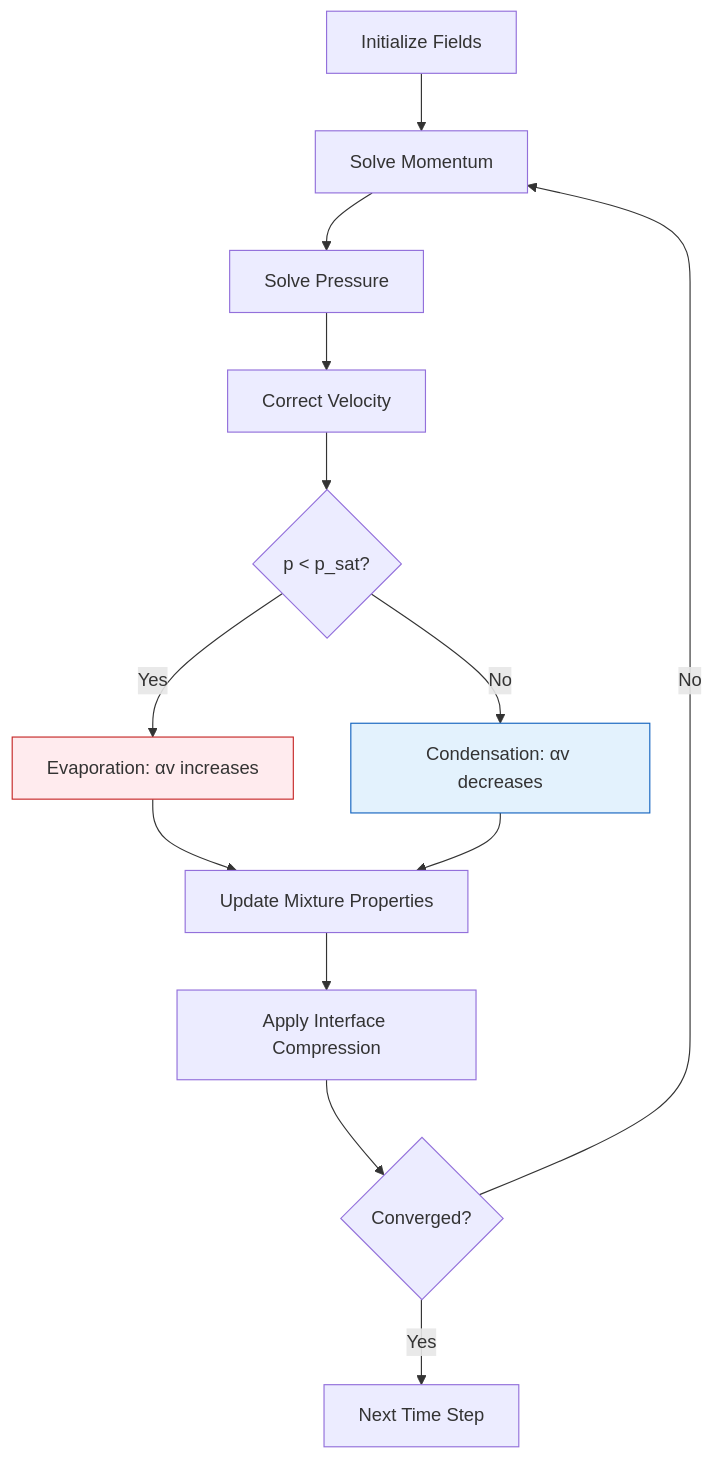
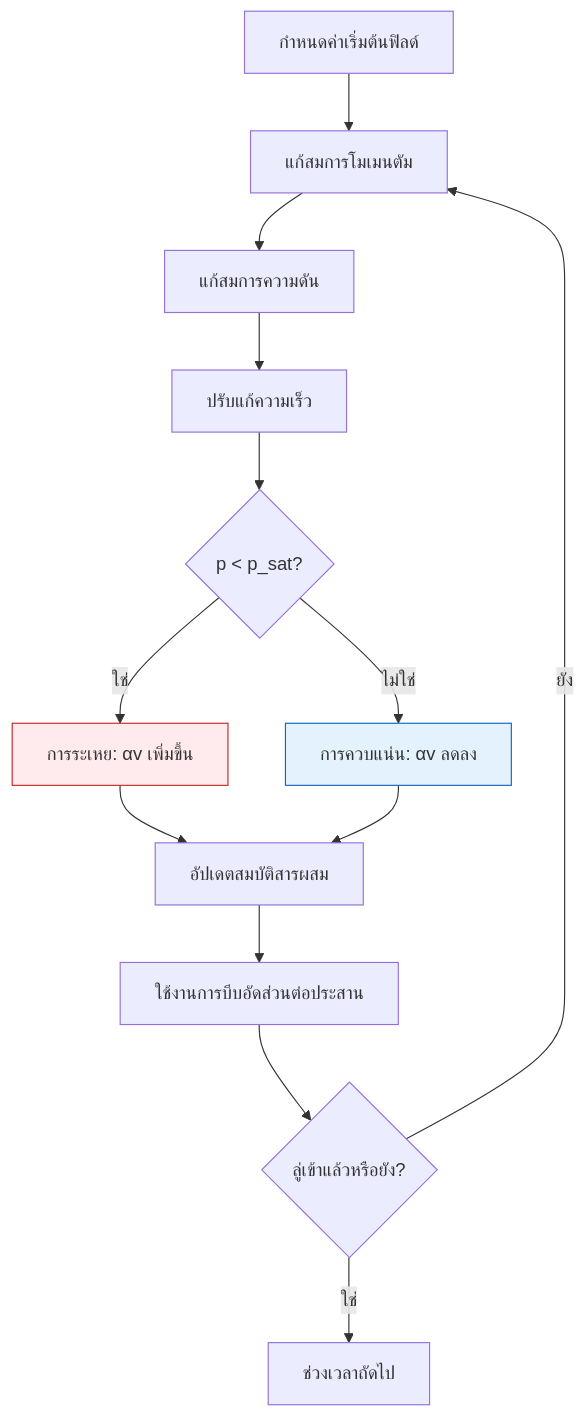
Before and after one commit to wramet/build-my-cfd: the second of 3 diagrams in MODULE_06_ADVANCED_PHYSICS/CONTENT/01_ADVANCED_MULTIPHASE_FLOWS/02_Cavitation_Modeling.md, drawn with Mermaid. The commit also changed other lines of this file and 104 other files, not shown here.

````diff
--- a/MODULE_06_ADVANCED_PHYSICS/CONTENT/01_ADVANCED_MULTIPHASE_FLOWS/02_Cavitation_Modeling.md
+++ b/MODULE_06_ADVANCED_PHYSICS/CONTENT/01_ADVANCED_MULTIPHASE_FLOWS/02_Cavitation_Modeling.md
@@ -426,18 +426,18 @@
 ```mermaid
 flowchart TD
-    A[Initialize Fields] --> B[Solve Momentum]
-    B --> C[Solve Pressure]
-    C --> D[Correct Velocity]
+    A[กำหนดค่าเริ่มต้นฟิลด์] --> B[แก้สมการโมเมนตัม]
+    B --> C[แก้สมการความดัน]
+    C --> D[ปรับแก้ความเร็ว]
     D --> E{p < p_sat?}
-    E -- Yes --> F[Evaporation: αv increases]
-    E -- No --> G[Condensation: αv decreases]
-    F --> H[Update Mixture Properties]
+    E -- ใช่ --> F[การระเหย: αv เพิ่มขึ้น]
+    E -- ไม่ใช่ --> G[การควบแน่น: αv ลดลง]
+    F --> H[อัปเดตสมบัติสารผสม]
     G --> H
-    H --> I[Apply Interface Compression]
-    I --> J{Converged?}
-    J -- No --> B
-    J -- Yes --> K[Next Time Step]
+    H --> I[ใช้งานการบีบอัดส่วนต่อประสาน]
+    I --> J{ลู่เข้าแล้วหรือยัง?}
+    J -- ยัง --> B
+    J -- ใช่ --> K[ช่วงเวลาถัดไป]
 
     style F fill:#ffebee,stroke:#c62828
     style G fill:#e3f2fd,stroke:#1565c0
 ```
````
